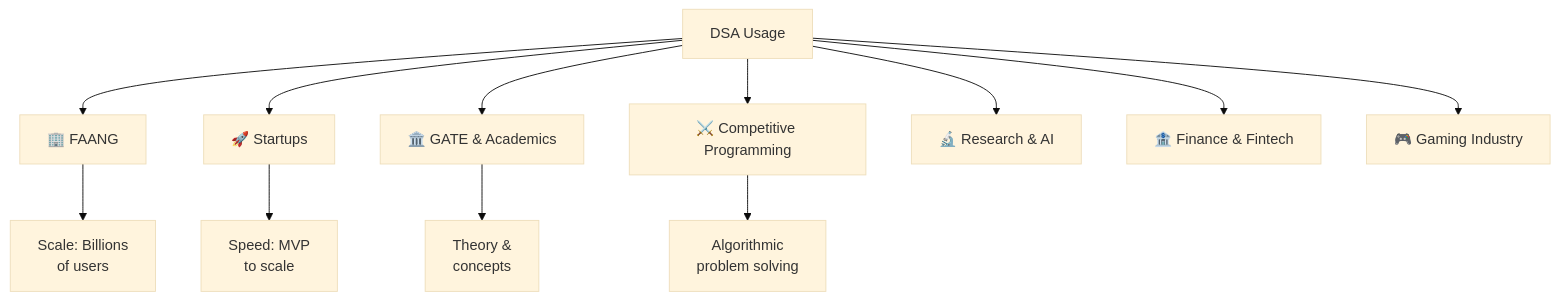
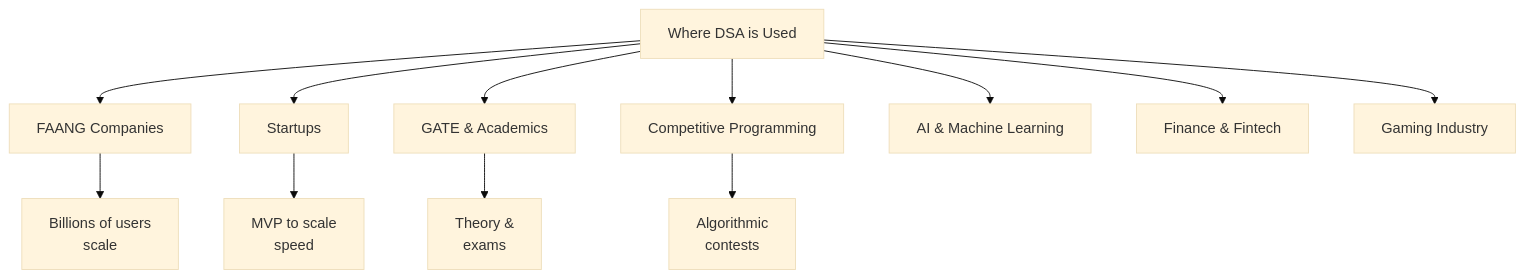
Before and after one commit to Kshitijgul/Notes: diagram 11 of 12 in DSA/01-Introduction.md, drawn with Mermaid (base theme). The commit also changed other lines of this file and 1 other file, not shown here.

Commit message:
Update dsa notes

````diff
--- a/DSA/01-Introduction.md
+++ b/DSA/01-Introduction.md
@@ -1090,15 +1228,15 @@
 ```mermaid
 flowchart TD
-    A[DSA Usage] --> B[🏢 FAANG]
-    A --> C[🚀 Startups]
-    A --> D[🏛️ GATE & Academics]
-    A --> E[⚔️ Competitive Programming]
-    A --> F[🔬 Research & AI]
-    A --> G[🏦 Finance & Fintech]
-    A --> H[🎮 Gaming Industry]
-    
-    B --> B1[Scale: Billions<br/>of users]
-    C --> C1[Speed: MVP<br/>to scale]
-    D --> D1[Theory &<br/>concepts]
-    E --> E1[Algorithmic<br/>problem solving]
+    A[Where DSA is Used] --> B[FAANG Companies]
+    A --> C[Startups]
+    A --> D[GATE & Academics]
+    A --> E[Competitive Programming]
+    A --> F[AI & Machine Learning]
+    A --> G[Finance & Fintech]
+    A --> H[Gaming Industry]
+
+    B --> B1[Billions of users<br/>scale]
+    C --> C1[MVP to scale<br/>speed]
+    D --> D1[Theory &<br/>exams]
+    E --> E1[Algorithmic<br/>contests]
 ```
````
